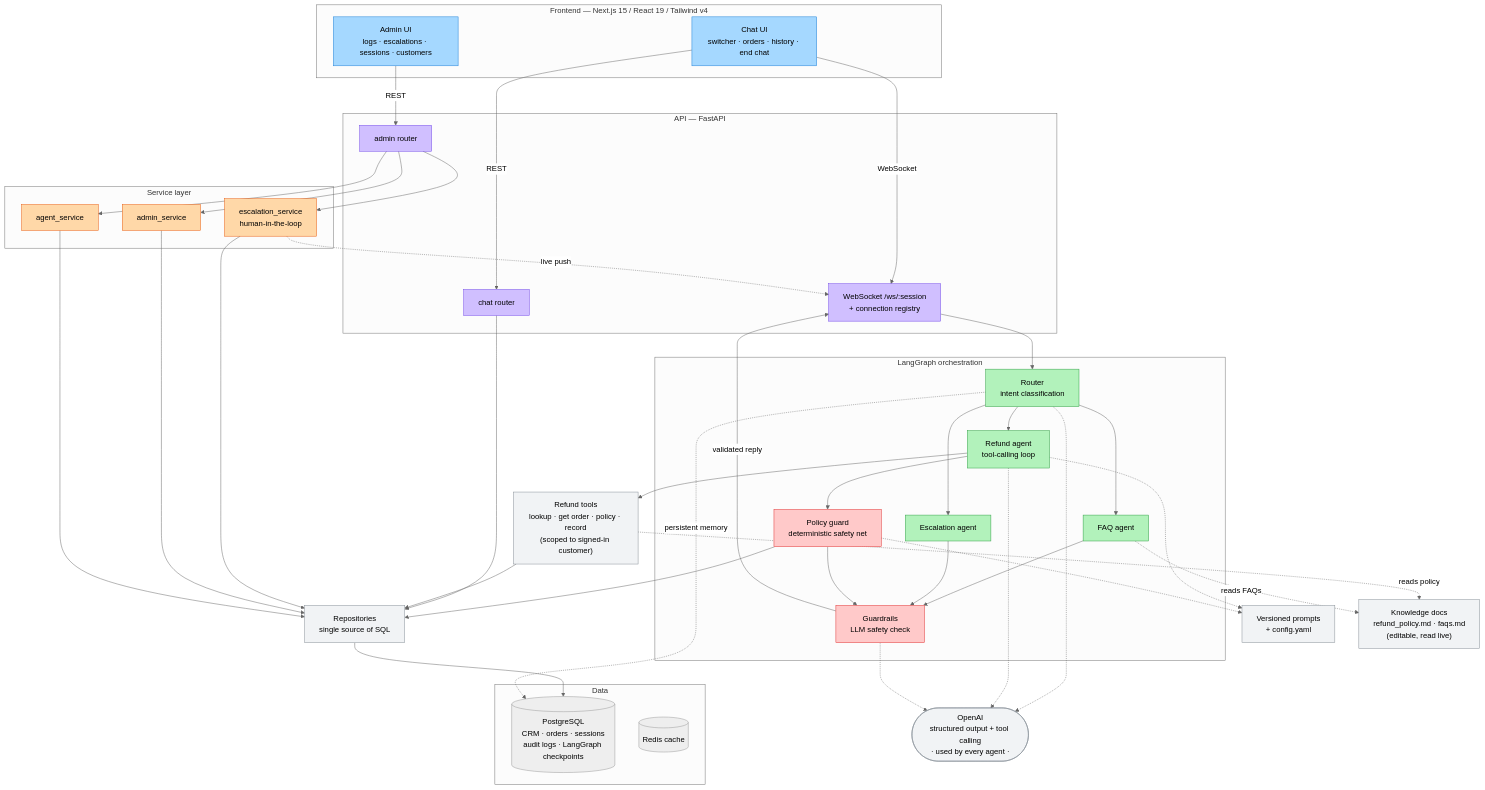
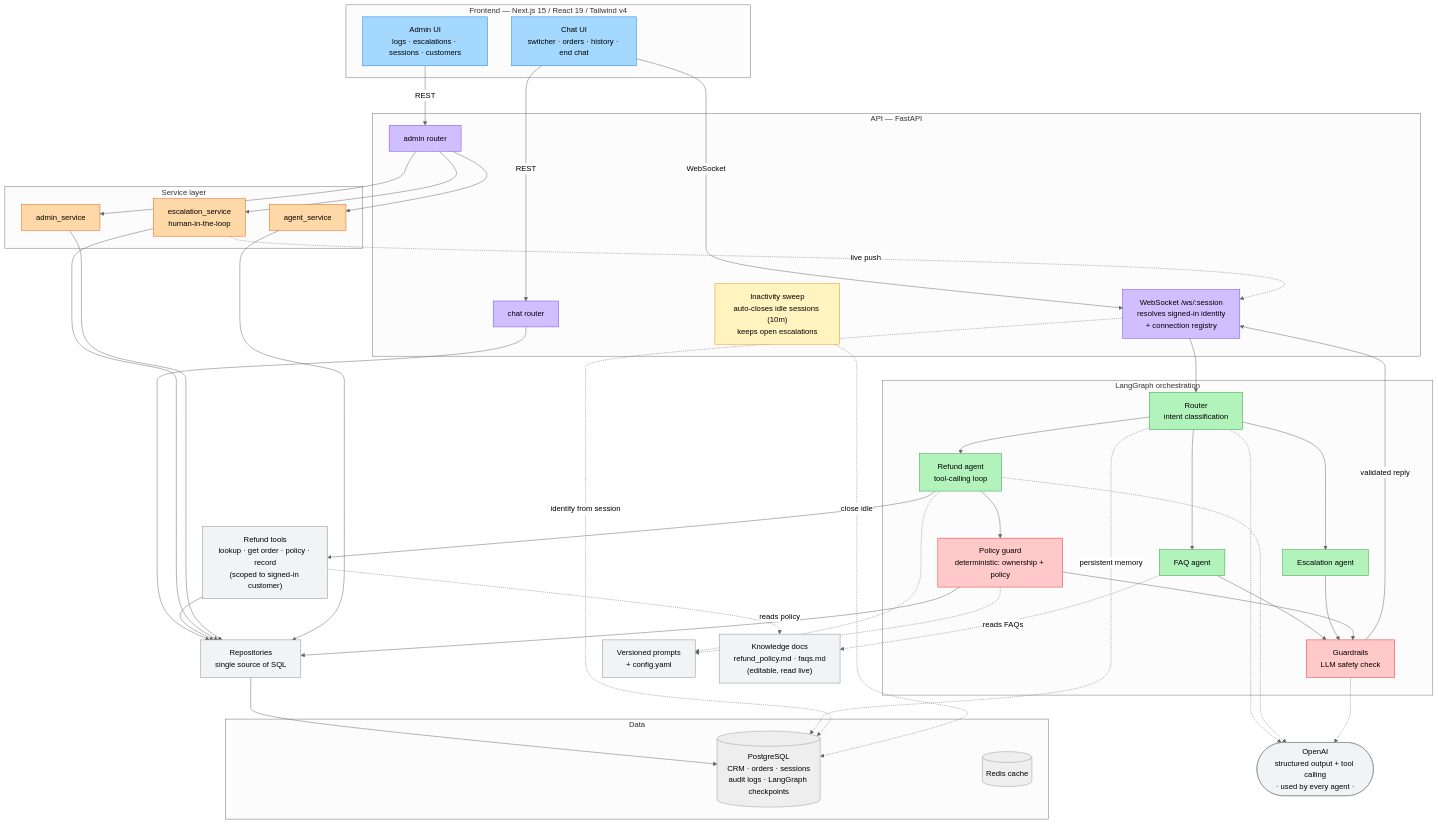
One commit to naveenaddanki84/customer_support_agent_ecom changed the diagram in README.md. Above: the diagram before and after it, drawn with Mermaid (neutral theme). The commit also changed 1 other file, not shown here.

Commit message:
docs: architecture diagram shows identity enforcement + inactivity sweep
- WebSocket resolves the signed-in identity; ownership enforced in the policy
  guard (deterministic: ownership + policy).
- add the inactivity auto-close sweep node (closes idle sessions, keeps open
  escalations). Re-render PNG.

```diff
--- a/README.md
+++ b/README.md
@@ -90,9 +90,10 @@
     end
 
     subgraph API["API — FastAPI"]
-        WS["WebSocket /ws/:session<br/>+ connection registry"]
+        WS["WebSocket /ws/:session<br/>resolves signed-in identity<br/>+ connection registry"]
         CR["chat router"]
         AR["admin router"]
+        SWEEP["Inactivity sweep<br/>auto-closes idle sessions (10m)<br/>keeps open escalations"]
     end
 
     subgraph SVC["Service layer"]
@@ -106,7 +107,7 @@
         FAQ["FAQ agent"]
         RF["Refund agent<br/>tool-calling loop"]
         ES["Escalation agent"]
-        PGRD["Policy guard<br/>deterministic safety net"]
+        PGRD["Policy guard<br/>deterministic: ownership + policy"]
         GR["Guardrails<br/>LLM safety check"]
     end
 
@@ -147,6 +148,8 @@
     AGT_S --> REPO
     REPO --> PG
     RT -.->|persistent memory| PG
+    WS -.->|identity from session| PG
+    SWEEP -.->|close idle| PG
 
     %% ---- editable knowledge documents ----
     TOOLS -.->|reads policy| DOCS
@@ -165,9 +168,11 @@
     classDef agent fill:#b2f2bb,stroke:#2f9e44,color:#000
     classDef safety fill:#ffc9c9,stroke:#e03131,color:#000
     classDef dep fill:#f1f3f5,stroke:#868e96,color:#000
+    classDef bg fill:#fff3bf,stroke:#f08c00,color:#000
 
     class CHAT,ADMIN fe
     class WS,CR,AR api
+    class SWEEP bg
     class ESC_S,ADM_S,AGT_S svc
     class RT,FAQ,RF,ES agent
     class PGRD,GR safety
```
